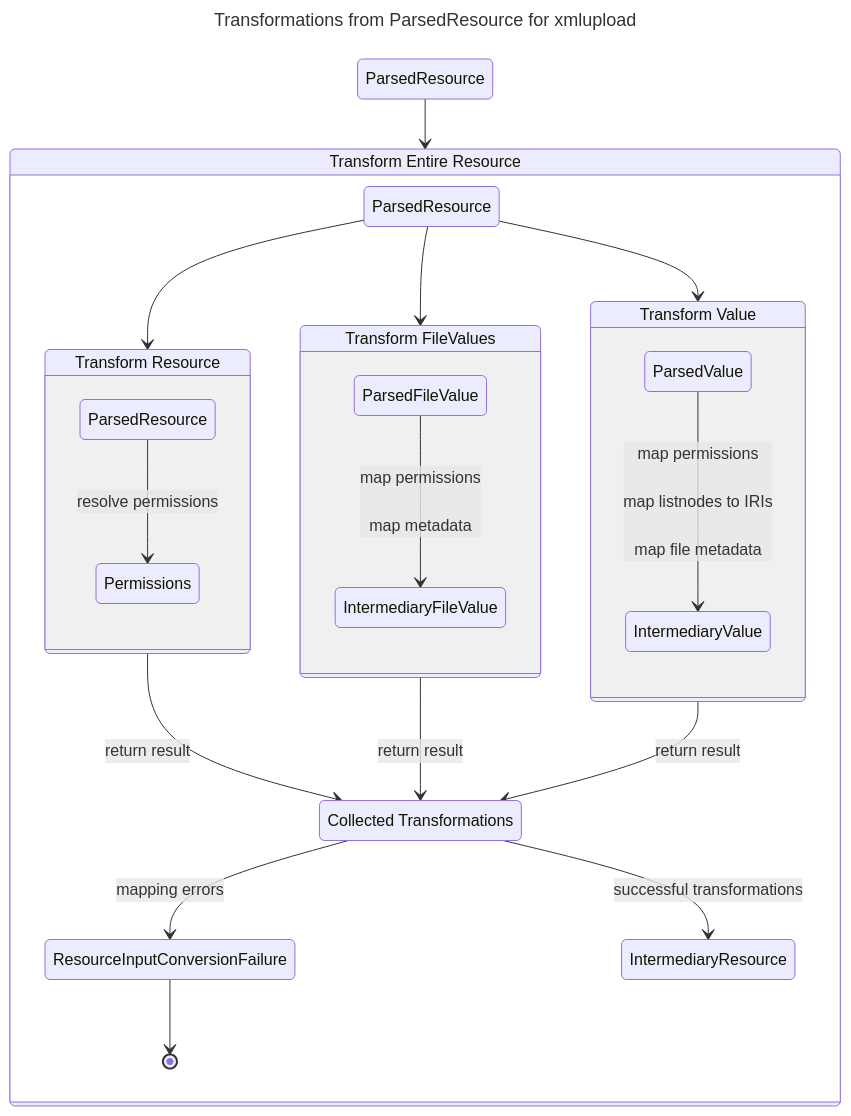
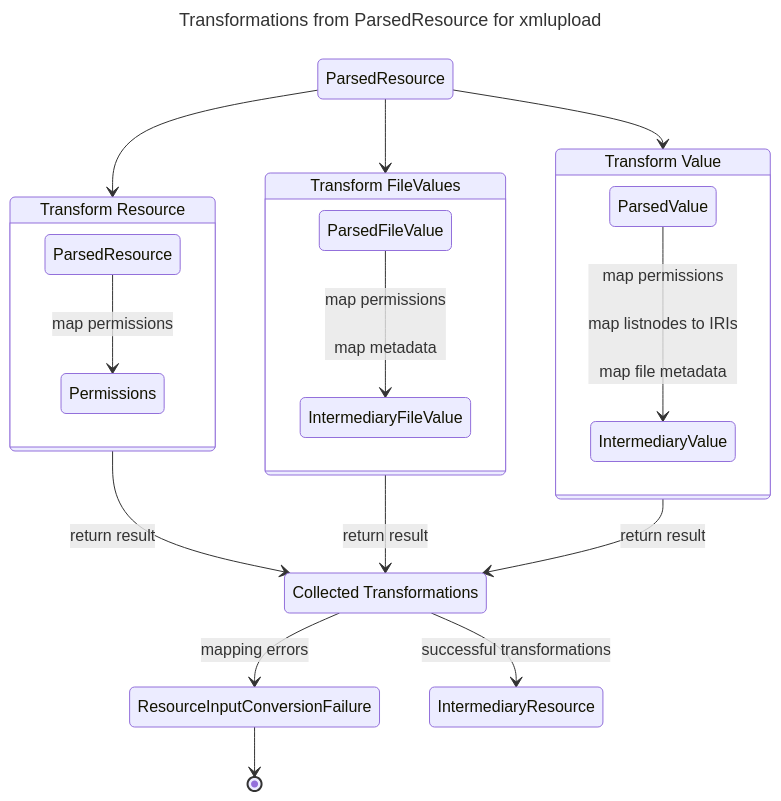
One commit to dasch-swiss/dsp-tools changed the third of 3 diagrams in docs/developers/architecture.md. Above: the diagram before and after it, drawn with Mermaid. The commit also changed other lines of this file, not shown here.

````diff
--- a/docs/developers/architecture.md
+++ b/docs/developers/architecture.md
@@ -103,39 +101,33 @@
 ```mermaid
 ---
 title: Transformations from ParsedResource for xmlupload
 ---
 stateDiagram-v2
 
-state "ParsedResource" as start
-state "Transform Entire Resource" as transformall
 state "Transform Resource" as transformres
 state "Transform Value" as transfomrationval
 state "Transform FileValues" as transformfile
 state "ParsedValue" as parsedval
 state "ParsedResource" as parsedres
 state "IntermediaryValue" as valdes
 state "Collected Transformations" as coll
 
-start-->transformall
-
-state transformall {
-    parsedres-->transformfile
-    parsedres-->transfomrationval
-    parsedres-->transformres
-    state transformres {
-        ParsedResource-->Permissions: resolve permissions
-    }
-    state transfomrationval {
-        parsedval-->valdes: map permissions<br/><br/>map listnodes to IRIs<br/><br/>map file metadata
-    }
-    state transformfile {
-        ParsedFileValue-->IntermediaryFileValue: map permissions<br/><br/>map metadata
-    }
-    transformres-->coll: return result
-    transformfile-->coll: return result
-    transfomrationval-->coll: return result
-    coll-->ResourceInputConversionFailure: mapping errors
-    ResourceInputConversionFailure-->[*]
-    coll-->IntermediaryResource: successful transformations
+parsedres-->transformfile
+parsedres-->transfomrationval
+parsedres-->transformres
+state transformres {
+    ParsedResource-->Permissions: map permissions
 }
+state transfomrationval {
+    parsedval-->valdes: map permissions<br/><br/>map listnodes to IRIs<br/><br/>map file metadata
+}
+state transformfile {
+    ParsedFileValue-->IntermediaryFileValue: map permissions<br/><br/>map metadata
+}
+transformres-->coll: return result
+transformfile-->coll: return result
+transfomrationval-->coll: return result
+coll-->ResourceInputConversionFailure: mapping errors
+ResourceInputConversionFailure-->[*]
+coll-->IntermediaryResource: successful transformations
 ```
````
